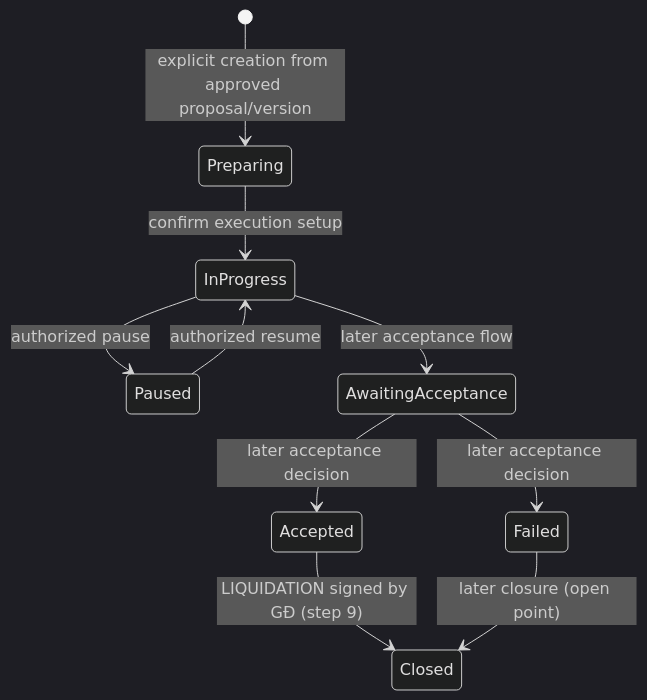
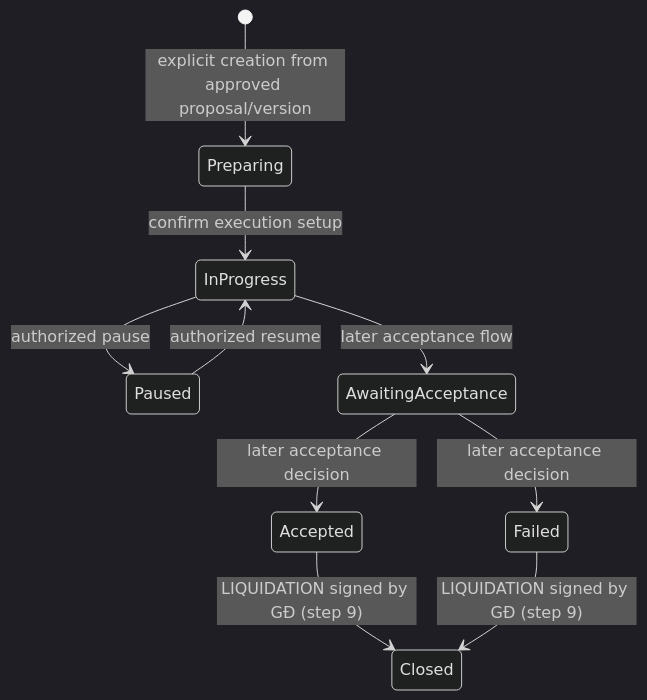
The second of 7 diagrams in _bmad-output/architecture.md (thanhdotien278/DocManS), drawn with Mermaid (dark theme) before and after one commit. The commit also changed other lines of this file and 3 other files, not shown here.

````diff
--- a/_bmad-output/architecture.md
+++ b/_bmad-output/architecture.md
@@ -882,12 +882,12 @@
 ```mermaid
 stateDiagram-v2
     [*] --> Preparing: explicit creation from approved proposal/version
     Preparing --> InProgress: confirm execution setup
     InProgress --> Paused: authorized pause
     Paused --> InProgress: authorized resume
     InProgress --> AwaitingAcceptance: later acceptance flow
     AwaitingAcceptance --> Accepted: later acceptance decision
     AwaitingAcceptance --> Failed: later acceptance decision
     Accepted --> Closed: LIQUIDATION signed by GĐ (step 9)
-    Failed --> Closed: later closure (open point)
+    Failed --> Closed: LIQUIDATION signed by GĐ (step 9)
 ```
````
